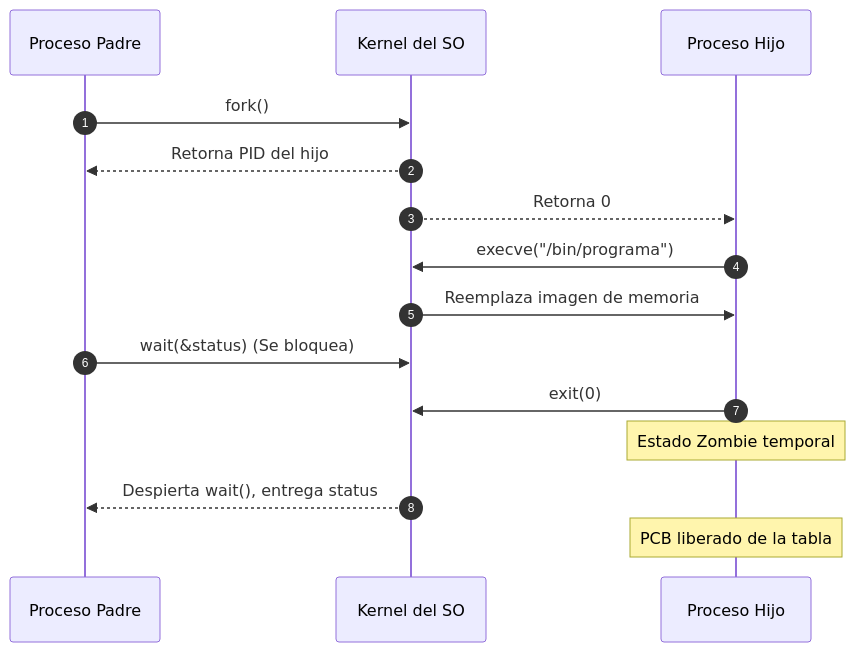
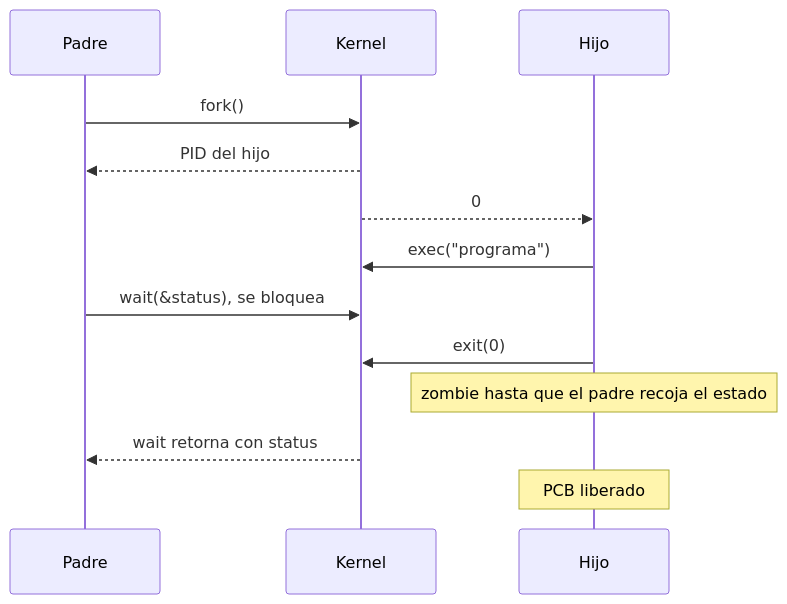
The diagram in Sistemas Operativos y Redes/02-Procesos/06 - Control de procesos con wait, exec y terminación.md (EstebanKiito/my-brain), drawn with Mermaid before and after one commit. The commit also changed other lines of this file and 1 other file, not shown here.

Commit message:
reescribe: 06 - Control de procesos con wait, exec y terminación

````diff
--- a/Sistemas Operativos y Redes/02-Procesos/06 - Control de procesos con wait, exec y terminación.md
+++ b/Sistemas Operativos y Redes/02-Procesos/06 - Control de procesos con wait, exec y terminación.md
@@ -42,18 +35,15 @@
 ```mermaid
 sequenceDiagram
-  autonumber
-  participant Padre as Proceso Padre
-  participant Kernel as Kernel del SO
-  participant Hijo as Proceso Hijo
-
-  Padre->>Kernel: fork()
-  Kernel-->>Padre: Retorna PID del hijo
-  Kernel-->>Hijo: Retorna 0
-  Hijo->>Kernel: execve("/bin/programa")
-  Kernel->>Hijo: Reemplaza imagen de memoria
-  Padre->>Kernel: wait(&status) (Se bloquea)
-  Hijo->>Kernel: exit(0)
-  Note over Hijo: Estado Zombie temporal
-  Kernel-->>Padre: Despierta wait(), entrega status
-  Note over Hijo: PCB liberado de la tabla
+  participant P as Padre
+  participant K as Kernel
+  participant H as Hijo
+  P->>K: fork()
+  K-->>P: PID del hijo
+  K-->>H: 0
+  H->>K: exec("programa")
+  P->>K: wait(&status), se bloquea
+  H->>K: exit(0)
+  Note over H: zombie hasta que el padre recoja el estado
+  K-->>P: wait retorna con status
+  Note over H: PCB liberado
 ```
````
